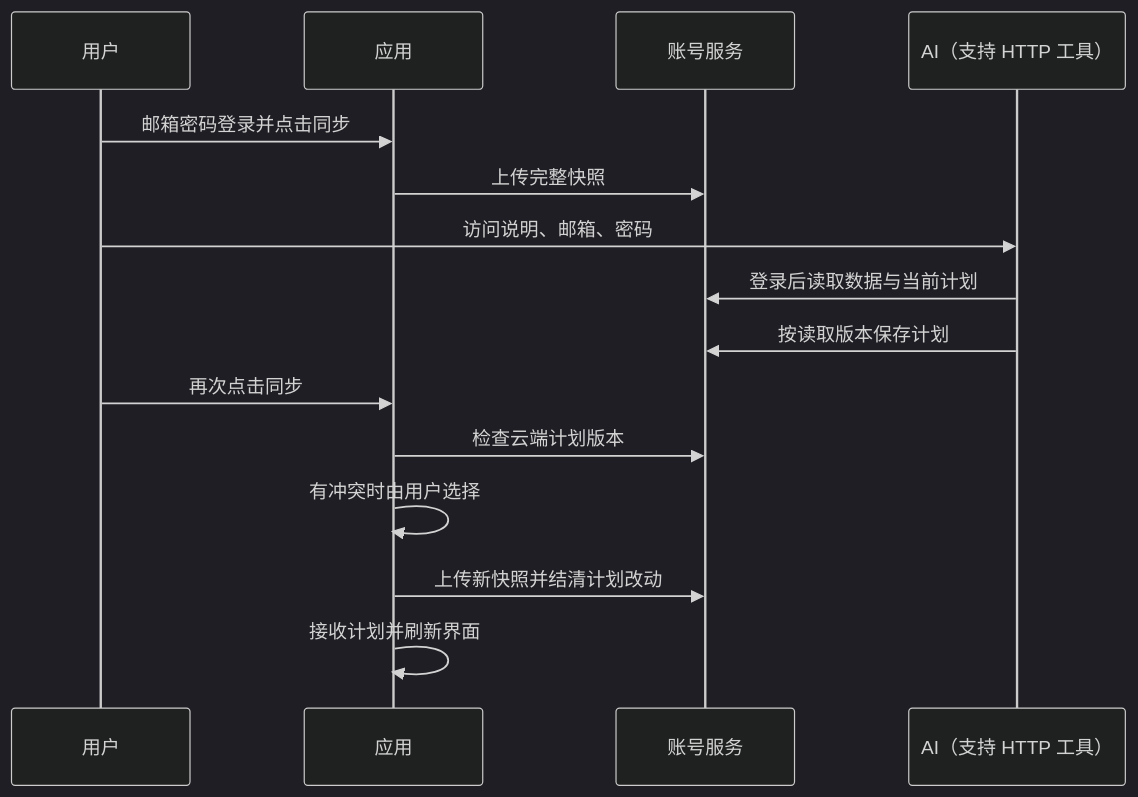
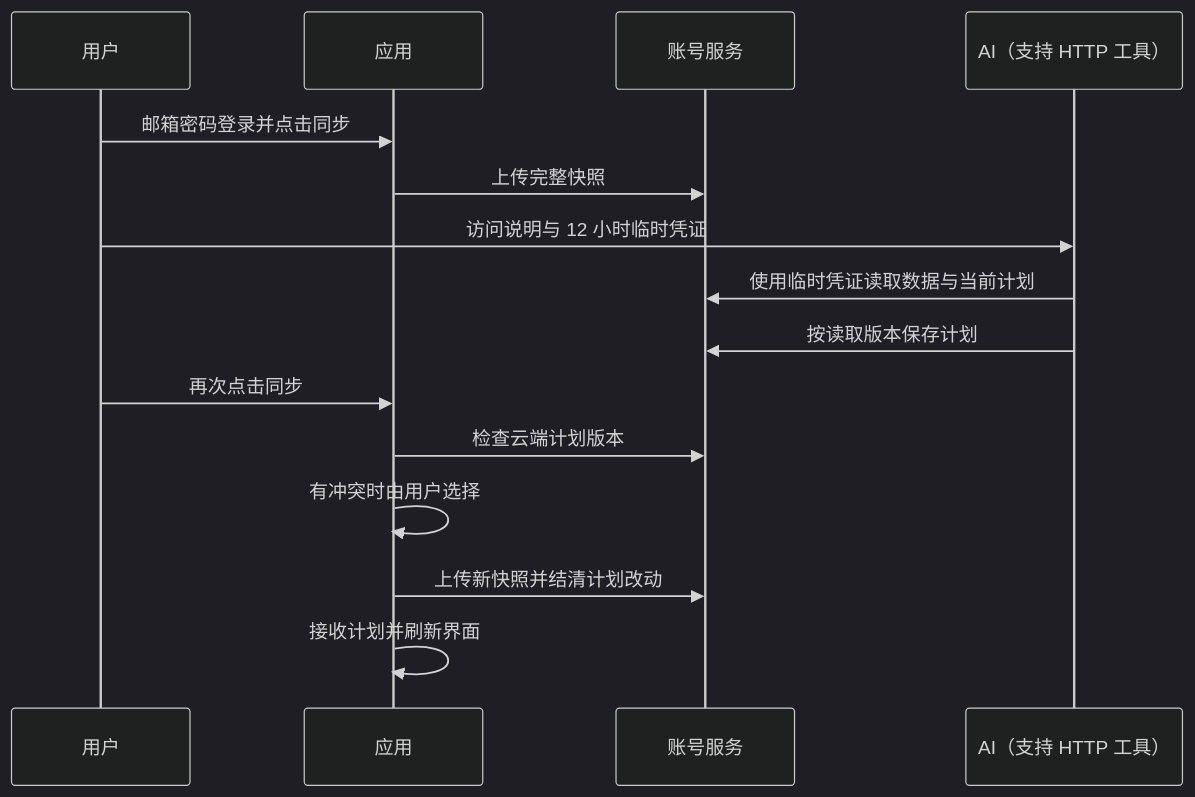
The diagram in docs/account-sync.md (jiachaoDing/represt), drawn with Mermaid (dark theme) before and after one commit. The commit also changed other lines of this file and 8 other files, not shown here.

````diff
--- a/docs/account-sync.md
+++ b/docs/account-sync.md
@@ -15,17 +18,17 @@
 ```mermaid
 sequenceDiagram
     participant U as 用户
     participant L as 应用
     participant S as 账号服务
     participant A as AI（支持 HTTP 工具）
     U->>L: 邮箱密码登录并点击同步
     L->>S: 上传完整快照
-    U->>A: 访问说明、邮箱、密码
-    A->>S: 登录后读取数据与当前计划
+    U->>A: 访问说明与 12 小时临时凭证
+    A->>S: 使用临时凭证读取数据与当前计划
     A->>S: 按读取版本保存计划
     U->>L: 再次点击同步
     L->>S: 检查云端计划版本
     L->>L: 有冲突时由用户选择
     L->>S: 上传新快照并结清计划改动
     L->>L: 接收计划并刷新界面
 ```
````
